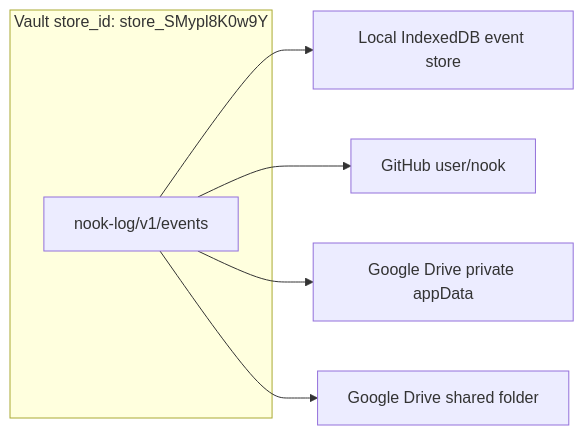
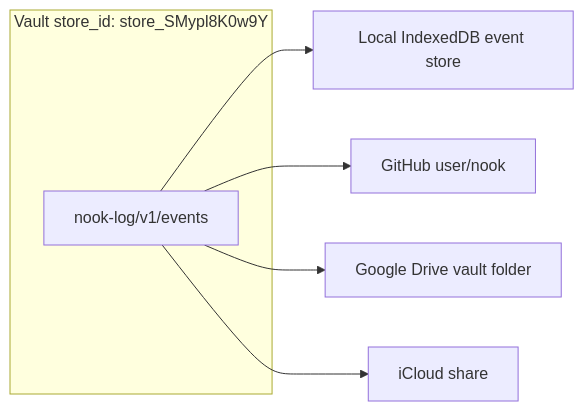
One commit to meta-secret/nook changed the diagram in nook-app/nook-platform/nook-core/.cortex/docs/architecture/secret-store-identity.md. Above: the diagram before and after it, drawn with Mermaid. The commit also changed 176 other files, not shown here.

Commit message:
Sync providers: shared-only Google Drive/iCloud with authorized accounts (#1797)

````diff
--- a/nook-app/nook-platform/nook-core/.cortex/docs/architecture/secret-store-identity.md
+++ b/nook-app/nook-platform/nook-core/.cortex/docs/architecture/secret-store-identity.md
@@ -90,10 +90,10 @@
 ```mermaid
 flowchart LR
   subgraph store["Vault store_id: store_SMypl8K0w9Y"]
     E[nook-log/v1/events]
   end
   E --> L[Local IndexedDB event store]
   E --> G[GitHub user/nook]
-  E --> D[Google Drive private appData]
-  E --> S[Google Drive shared folder]
+  E --> D[Google Drive vault folder]
+  E --> S[iCloud share]
 ```
````
